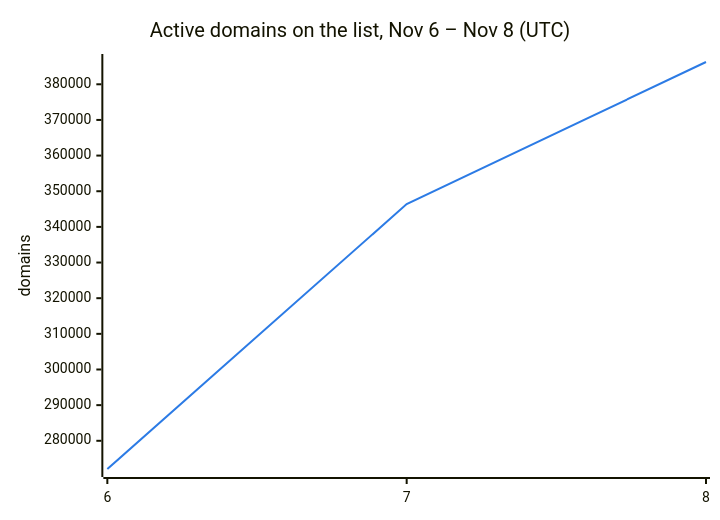
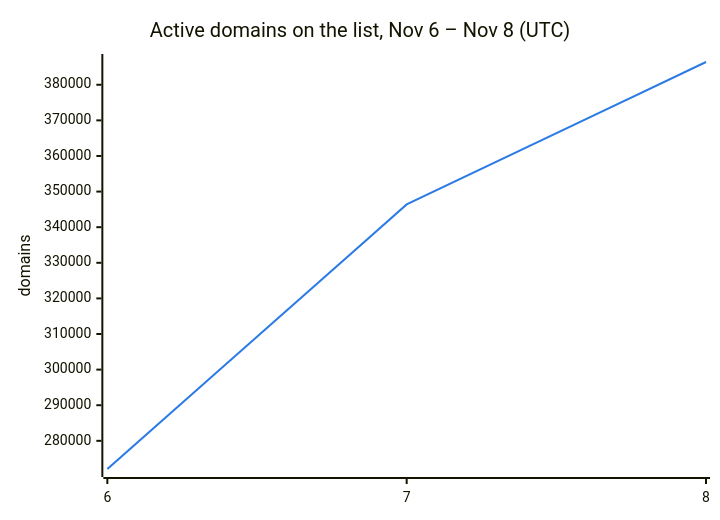
The second of 3 diagrams in README.md (DNSBunker/CTI), drawn with Mermaid before and after one commit. The commit also changed other lines of this file and 3 other files, not shown here.

````diff
--- a/README.md
+++ b/README.md
@@ -38,8 +38,8 @@
 ```mermaid
 %%{init: {"themeVariables": {"xyChart": {"plotColorPalette": "#2c7be5"}}}}%%
 xychart-beta
     title "Active domains on the list, Nov 6 – Nov 8 (UTC)"
     x-axis ["6", "7", "8"]
     y-axis "domains"
-    line [272088, 346388, 386250]
+    line [272088, 346388, 386391]
 ```
````
